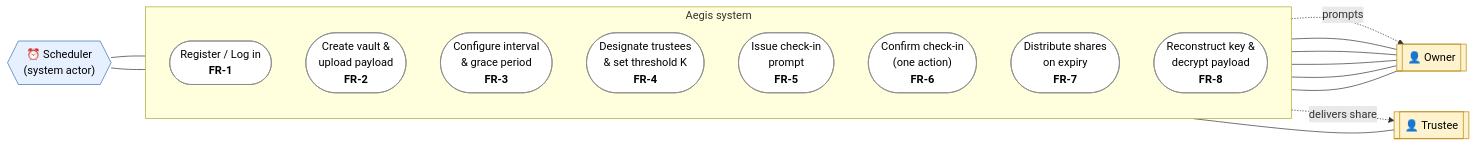
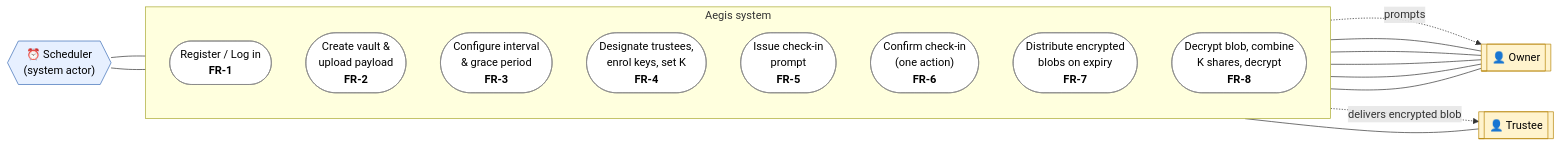
Before and after one commit to Pratham-90/ucs503p-aegis: the diagram in docs/diagrams/use-case.md, drawn with Mermaid. The commit also changed other lines of this file and 1 other file, not shown here.

First line of the commit message:
docs(diagrams): use encrypted-blob terminology; fix unrenderable lifecycle diagram

````diff
--- a/docs/diagrams/use-case.md
+++ b/docs/diagrams/use-case.md
@@ -8,36 +8,36 @@
 ```mermaid
 flowchart LR
     owner[["👤 Owner"]]:::actor
     trustee[["👤 Trustee"]]:::actor
     scheduler{{"⏰ Scheduler<br/>(system actor)"}}:::sysactor
 
     subgraph AEGIS["Aegis system"]
         direction TB
         uc1(["Register / Log in<br/><b>FR-1</b>"])
         uc2(["Create vault &<br/>upload payload<br/><b>FR-2</b>"])
         uc3(["Configure interval<br/>& grace period<br/><b>FR-3</b>"])
-        uc4(["Designate trustees<br/>& set threshold K<br/><b>FR-4</b>"])
+        uc4(["Designate trustees,<br/>enrol keys, set K<br/><b>FR-4</b>"])
         uc5(["Issue check-in<br/>prompt<br/><b>FR-5</b>"])
         uc6(["Confirm check-in<br/>(one action)<br/><b>FR-6</b>"])
-        uc7(["Distribute shares<br/>on expiry<br/><b>FR-7</b>"])
-        uc8(["Reconstruct key &<br/>decrypt payload<br/><b>FR-8</b>"])
+        uc7(["Distribute encrypted<br/>blobs on expiry<br/><b>FR-7</b>"])
+        uc8(["Decrypt blob, combine<br/>K shares, decrypt<br/><b>FR-8</b>"])
     end
 
     owner --- uc1
     owner --- uc2
     owner --- uc3
     owner --- uc4
     owner --- uc6
 
     scheduler --- uc5
     scheduler --- uc7
 
     trustee --- uc8
 
     uc5 -. "prompts" .-> owner
-    uc7 -. "delivers share" .-> trustee
+    uc7 -. "delivers encrypted blob" .-> trustee
 
     classDef actor fill:#fff3cd,stroke:#b8860b,stroke-width:1px,color:#000;
     classDef sysactor fill:#e7f0ff,stroke:#3b6db5,stroke-width:1px,color:#000;
     classDef default fill:#ffffff,stroke:#888,color:#000;
 ```
````
